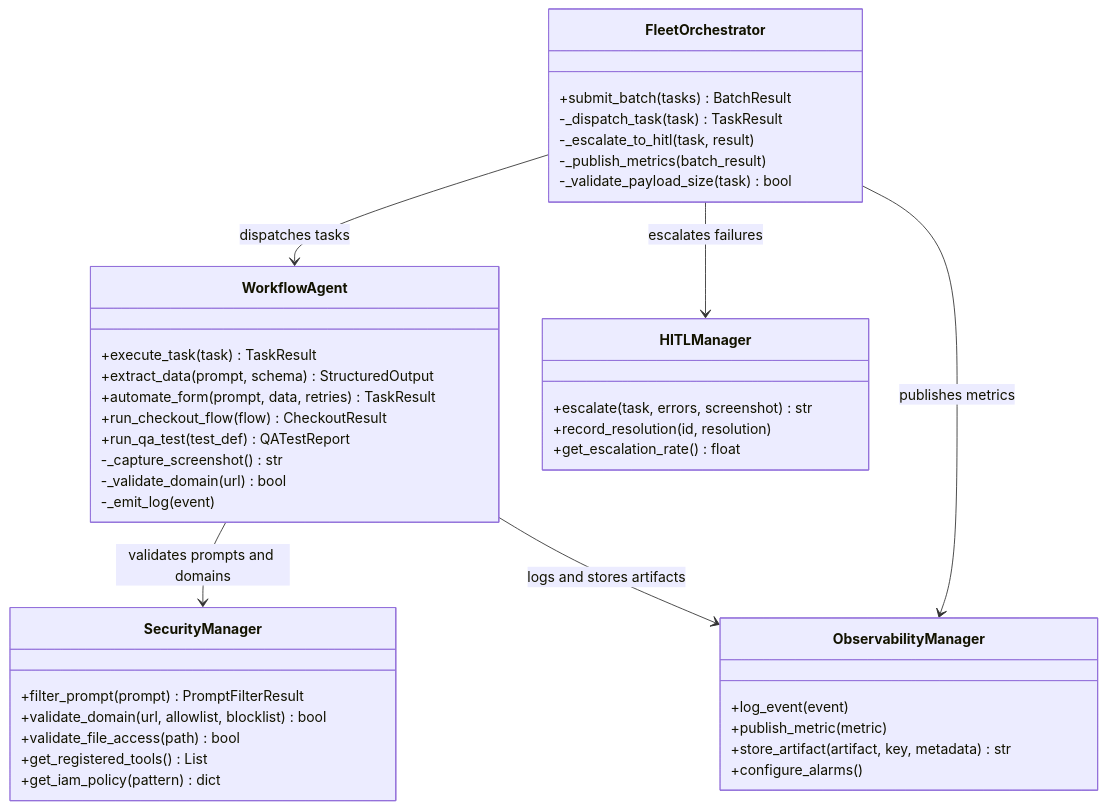
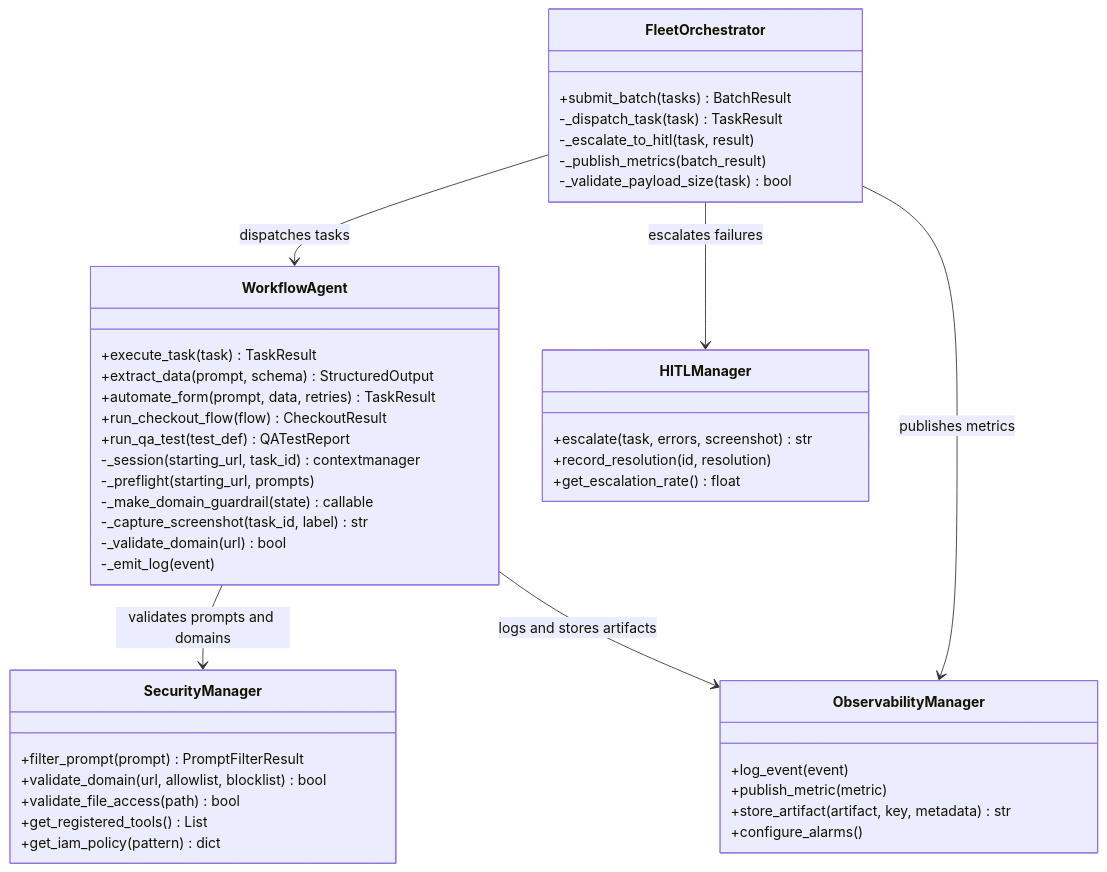
One commit to aws-samples/sample-nova-act-fleet-ecs-fargate changed the fourth of 4 diagrams in docs/architecture.md. Above: the diagram before and after it, drawn with Mermaid. The commit also changed other lines of this file and 24 other files, not shown here.

````diff
--- a/docs/architecture.md
+++ b/docs/architecture.md
@@ -156,48 +156,51 @@
 ```mermaid
 classDiagram
     class FleetOrchestrator {
         +submit_batch(tasks) BatchResult
         -_dispatch_task(task) TaskResult
         -_escalate_to_hitl(task, result)
         -_publish_metrics(batch_result)
         -_validate_payload_size(task) bool
     }
 
     class WorkflowAgent {
         +execute_task(task) TaskResult
         +extract_data(prompt, schema) StructuredOutput
         +automate_form(prompt, data, retries) TaskResult
         +run_checkout_flow(flow) CheckoutResult
         +run_qa_test(test_def) QATestReport
-        -_capture_screenshot() str
+        -_session(starting_url, task_id) contextmanager
+        -_preflight(starting_url, prompts)
+        -_make_domain_guardrail(state) callable
+        -_capture_screenshot(task_id, label) str
         -_validate_domain(url) bool
         -_emit_log(event)
     }
 
     class SecurityManager {
         +filter_prompt(prompt) PromptFilterResult
         +validate_domain(url, allowlist, blocklist) bool
         +validate_file_access(path) bool
         +get_registered_tools() List
         +get_iam_policy(pattern) dict
     }
 
     class ObservabilityManager {
         +log_event(event)
         +publish_metric(metric)
         +store_artifact(artifact, key, metadata) str
         +configure_alarms()
     }
 
     class HITLManager {
         +escalate(task, errors, screenshot) str
         +record_resolution(id, resolution)
         +get_escalation_rate() float
     }
 
     FleetOrchestrator --> WorkflowAgent : dispatches tasks
     FleetOrchestrator --> HITLManager : escalates failures
     FleetOrchestrator --> ObservabilityManager : publishes metrics
     WorkflowAgent --> SecurityManager : validates prompts and domains
     WorkflowAgent --> ObservabilityManager : logs and stores artifacts
 ```
````
